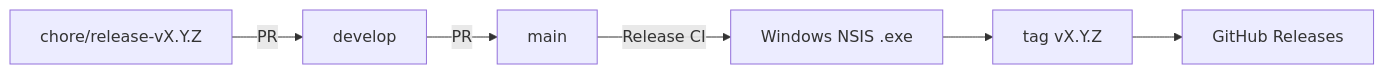
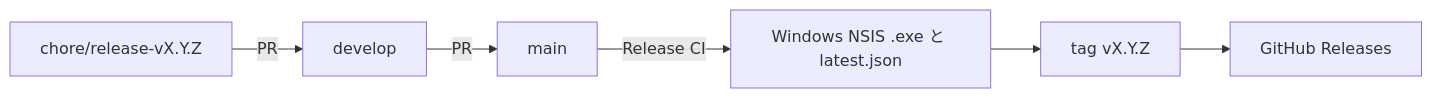
One commit to topea-3/craft-post-app changed the diagram in docs/project-setup/release-workflow.md. Above: the diagram before and after it, drawn with Mermaid. The commit also changed other lines of this file and 4 other files, not shown here.

````diff
--- a/docs/project-setup/release-workflow.md
+++ b/docs/project-setup/release-workflow.md
@@ -9,8 +9,8 @@
 ```mermaid
 flowchart LR
   Bump[chore/release-vX.Y.Z] -->|PR| D[develop]
   D -->|PR| M[main]
-  M -->|Release CI| Build[Windows NSIS .exe]
+  M -->|Release CI| Build[Windows NSIS .exe と latest.json]
   Build --> Tag[tag vX.Y.Z]
   Tag --> R[GitHub Releases]
 ```
````
